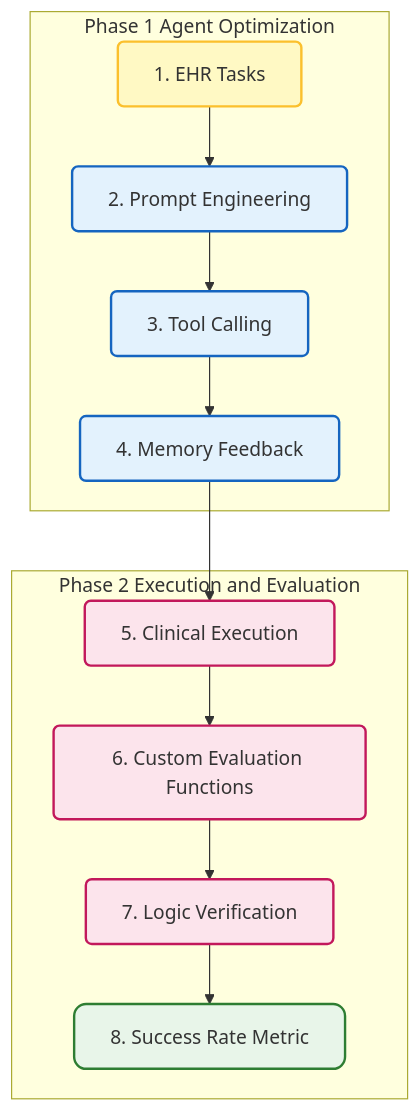
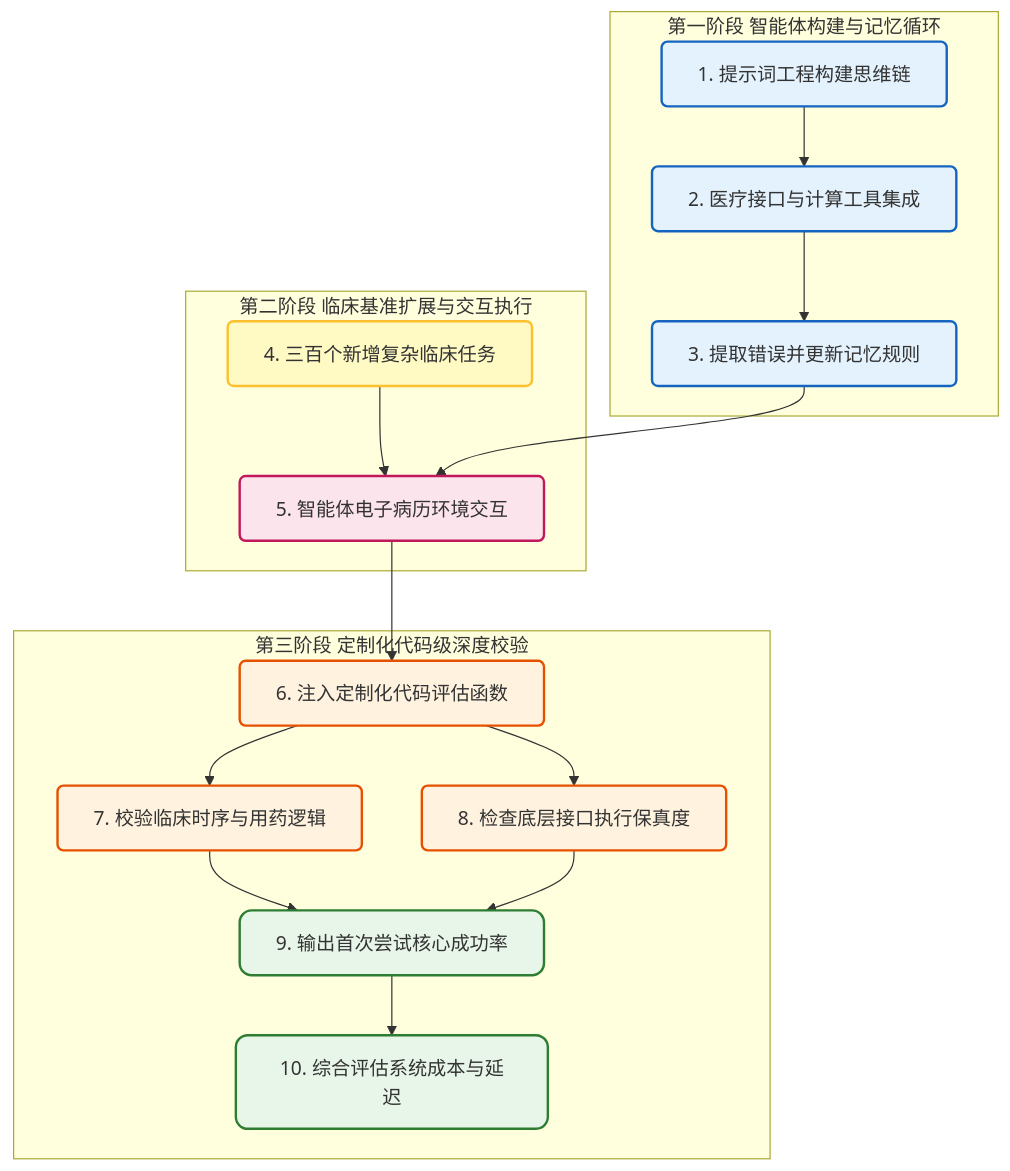
Before and after one commit to hhtrocket/HHT-Benchmark-dataset: the second of 2 diagrams in Literature Review/medical background AI agent evaluation.md, drawn with Mermaid.

Commit message:
Update medical background AI agent evaluation.md

````diff
--- a/Literature Review/medical background AI agent evaluation.md
+++ b/Literature Review/medical background AI agent evaluation.md
@@ -74,31 +74,40 @@
 ```mermaid
-graph TB
+graph TD
     classDef phase1 fill:#e3f2fd,stroke:#1565c0,stroke-width:2px,rx:5,ry:5;
     classDef phase2 fill:#fce4ec,stroke:#c2185b,stroke-width:2px,rx:5,ry:5;
+    classDef phase3 fill:#fff3e0,stroke:#e65100,stroke-width:2px,rx:5,ry:5;
     classDef input fill:#fff9c4,stroke:#fbc02d,stroke-width:2px,rx:5,ry:5;
     classDef report fill:#e8f5e9,stroke:#2e7d32,stroke-width:2px,rx:10,ry:10;
 
-    subgraph P1 [Phase 1 Agent Optimization]
-        N1["1. EHR Tasks"]:::input
-        N2["2. Prompt Engineering"]:::phase1
-        N3["3. Tool Calling"]:::phase1
-        N4["4. Memory Feedback"]:::phase1
+    subgraph P1 [第一阶段 智能体构建与记忆循环]
+        N1["1. 提示词工程构建思维链"]:::phase1
+        N2["2. 医疗接口与计算工具集成"]:::phase1
+        N3["3. 提取错误并更新记忆规则"]:::phase1
         
         N1 --> N2
         N2 --> N3
-        N3 --> N4
     end
 
-    subgraph P2 [Phase 2 Execution and Evaluation]
-        N5["5. Clinical Execution"]:::phase2
-        N6["6. Custom Evaluation Functions"]:::phase2
-        N7["7. Logic Verification"]:::phase2
-        N8["8. Success Rate Metric"]:::report
+    subgraph P2 [第二阶段 临床基准扩展与交互执行]
+        N4["4. 三百个新增复杂临床任务"]:::input
+        N5["5. 智能体电子病历环境交互"]:::phase2
         
-        N5 --> N6
-        N6 --> N7
-        N7 --> N8
+        N4 --> N5
     end
 
-    N4 --> N5
+    subgraph P3 [第三阶段 定制化代码级深度校验]
+        N6["6. 注入定制化代码评估函数"]:::phase3
+        N7["7. 校验临床时序与用药逻辑"]:::phase3
+        N8["8. 检查底层接口执行保真度"]:::phase3
+        N9["9. 输出首次尝试核心成功率"]:::report
+        N10["10. 综合评估系统成本与延迟"]:::report
+        
+        N6 --> N7
+        N6 --> N8
+        N7 & N8 --> N9
+        N9 --> N10
+    end
+
+    N3 --> N5
+    N5 --> N6
 ```
````
